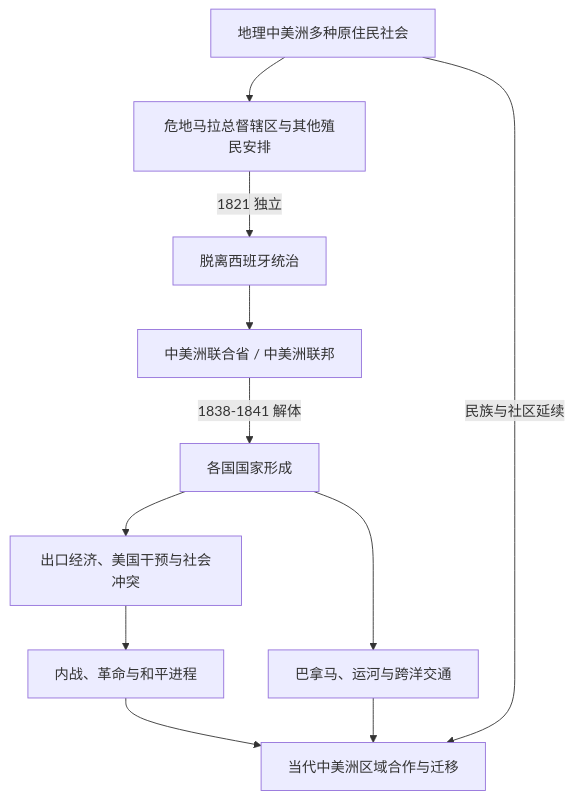
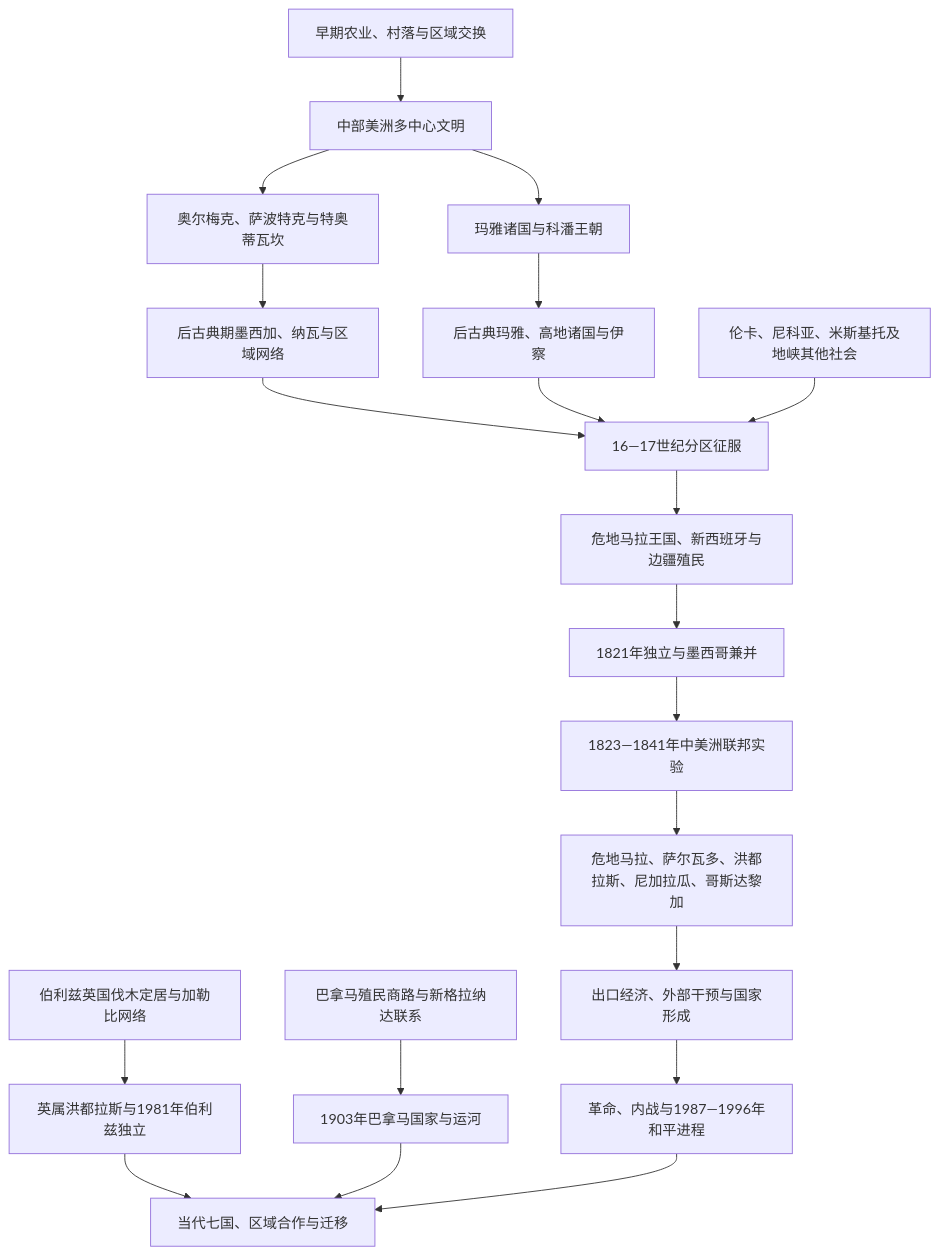
The diagram in 人文科学/历史/美洲/中美洲/README.md (tianlan-dev/learning-notes), drawn with Mermaid before and after one commit. The commit also changed other lines of this file and 1417 other files, not shown here.

````diff
--- a/人文科学/历史/美洲/中美洲/README.md
+++ b/人文科学/历史/美洲/中美洲/README.md
@@ -30,13 +21,22 @@
 ```mermaid
 flowchart TD
-    Indigenous["地理中美洲多种原住民社会"] --> Colonial["危地马拉总督辖区与其他殖民安排"]
-    Colonial -->|1821 独立| Independence["脱离西班牙统治"]
-    Independence --> Federation["中美洲联合省 / 中美洲联邦"]
-    Federation -->|1838-1841 解体| States["各国国家形成"]
-    States --> Intervention["出口经济、美国干预与社会冲突"]
-    Intervention --> Peace["内战、革命与和平进程"]
-    States --> Panama["巴拿马、运河与跨洋交通"]
-    Peace --> Contemporary["当代中美洲区域合作与迁移"]
-    Panama --> Contemporary
-    Indigenous -->|民族与社区延续| Contemporary
+    Agriculture["早期农业、村落与区域交换"] --> Mesoamerica["中部美洲多中心文明"]
+    Mesoamerica --> Olmec["奥尔梅克、萨波特克与特奥蒂瓦坎"]
+    Mesoamerica --> Maya["玛雅诸国与科潘王朝"]
+    Olmec --> Postclassic["后古典期墨西加、纳瓦与区域网络"]
+    Maya --> PostclassicMaya["后古典玛雅、高地诸国与伊察"]
+    Postclassic --> Conquest["16—17世纪分区征服"]
+    PostclassicMaya --> Conquest
+    IndigenousSouth["伦卡、尼科亚、米斯基托及地峡其他社会"] --> Conquest
+    Conquest --> Colonial["危地马拉王国、新西班牙与边疆殖民"]
+    British["伯利兹英国伐木定居与加勒比网络"] --> ModernBelize["英属洪都拉斯与1981年伯利兹独立"]
+    PanamaRoute["巴拿马殖民商路与新格拉纳达联系"] --> ModernPanama["1903年巴拿马国家与运河"]
+    Colonial --> Independence["1821年独立与墨西哥兼并"]
+    Independence --> Federation["1823—1841年中美洲联邦实验"]
+    Federation --> FiveStates["危地马拉、萨尔瓦多、洪都拉斯、尼加拉瓜、哥斯达黎加"]
+    FiveStates --> Export["出口经济、外部干预与国家形成"]
+    Export --> WarPeace["革命、内战与1987—1996年和平进程"]
+    ModernBelize --> Contemporary["当代七国、区域合作与迁移"]
+    ModernPanama --> Contemporary
+    WarPeace --> Contemporary
 ```
````
